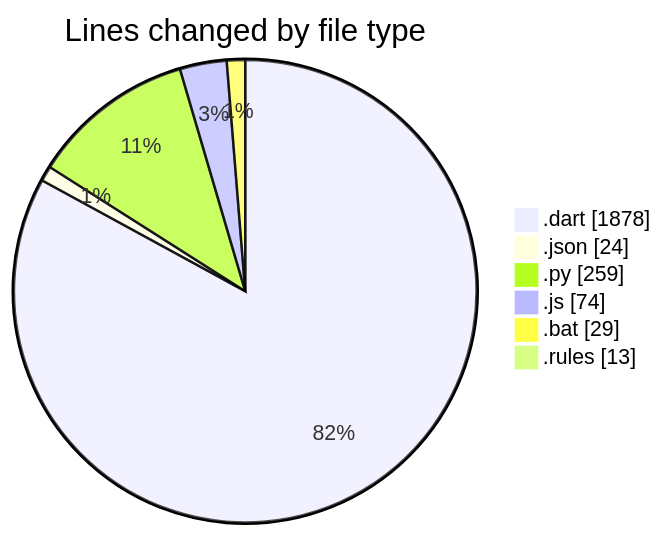
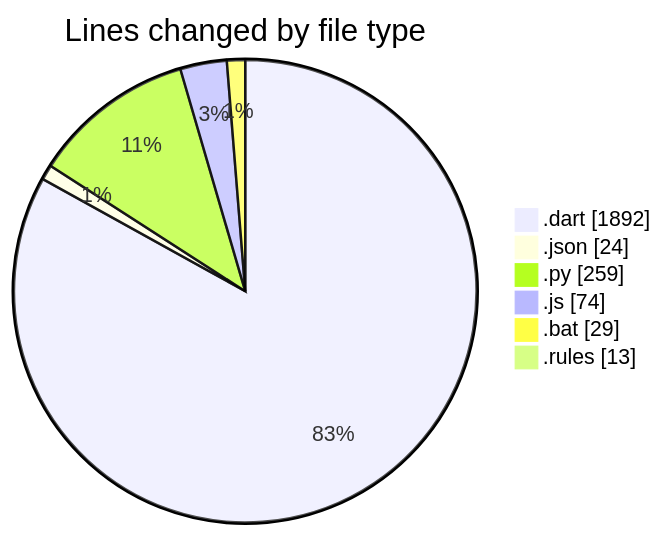
One commit to lephambinh05/code-tracking changed the first of 2 diagrams in 2025-08-04/studybuddy/README.md. Above: the diagram before and after it, drawn with Mermaid. The commit also changed other lines of this file and 1 other file, not shown here.

````diff
--- a/2025-08-04/studybuddy/README.md
+++ b/2025-08-04/studybuddy/README.md
@@ -43,10 +43,10 @@
 ```mermaid
 pie showData
 title Lines changed by file type
-".dart" : 1878
+".dart" : 1892
 ".json" : 24
 ".py" : 259
 ".js" : 74
 ".bat" : 29
 ".rules" : 13
 ```
````
